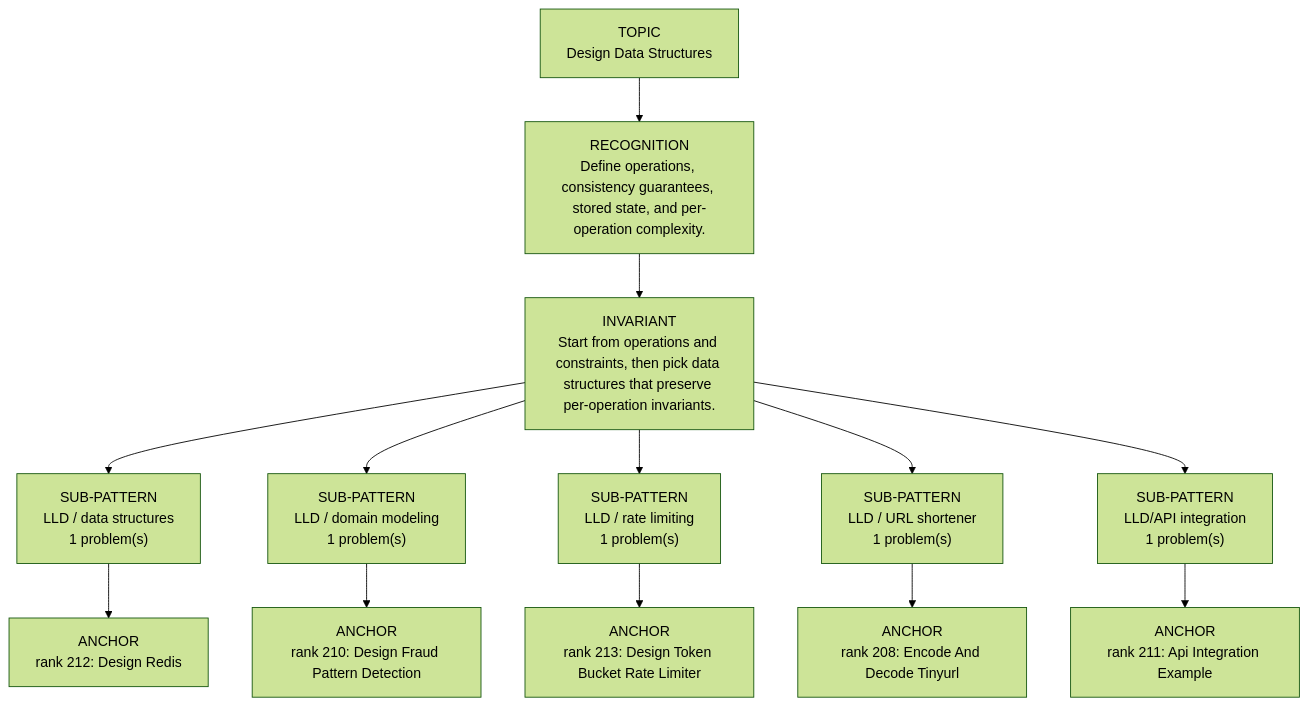
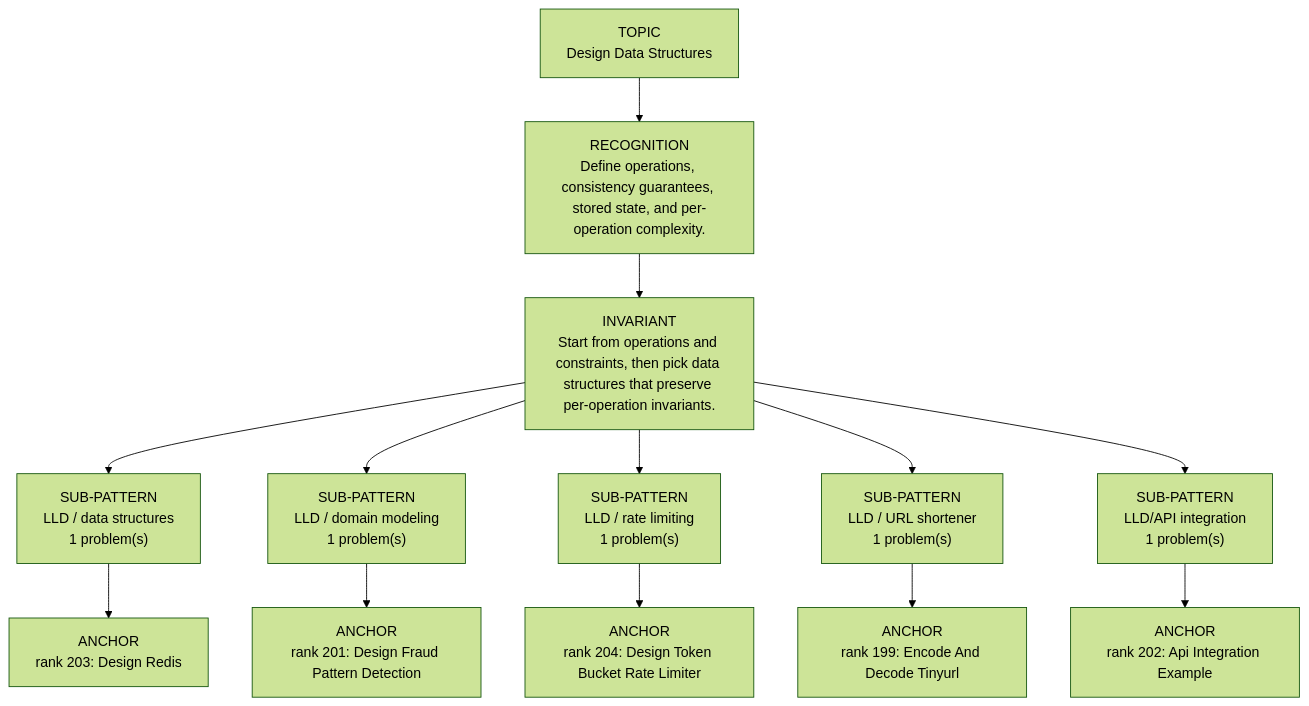
The diagram in dsa-review/interview/patterns/21_design_lld.md (thechiranjeevjain/DSA10days), drawn with Mermaid (forest theme) before and after one commit. The commit also changed other lines of this file and 61 other files, not shown here.

````diff
--- a/dsa-review/interview/patterns/21_design_lld.md
+++ b/dsa-review/interview/patterns/21_design_lld.md
@@ -15,17 +15,17 @@
 ```mermaid
 flowchart TD
   Topic["TOPIC<br/>Design Data Structures"]
   Recognition["RECOGNITION<br/>Define operations, consistency guarantees, stored state, and per-operation complexity."]
   Invariant["INVARIANT<br/>Start from operations and constraints, then pick data structures that preserve per-operation invariants."]
   Topic --> Recognition --> Invariant
   Invariant --> Sub01["SUB-PATTERN<br/>LLD / data structures<br/>1 problem(s)"]
-  Sub01 --> Sub01A01["ANCHOR<br/>rank 212: Design Redis"]
+  Sub01 --> Sub01A01["ANCHOR<br/>rank 203: Design Redis"]
   Invariant --> Sub02["SUB-PATTERN<br/>LLD / domain modeling<br/>1 problem(s)"]
-  Sub02 --> Sub02A01["ANCHOR<br/>rank 210: Design Fraud Pattern Detection"]
+  Sub02 --> Sub02A01["ANCHOR<br/>rank 201: Design Fraud Pattern Detection"]
   Invariant --> Sub03["SUB-PATTERN<br/>LLD / rate limiting<br/>1 problem(s)"]
-  Sub03 --> Sub03A01["ANCHOR<br/>rank 213: Design Token Bucket Rate Limiter"]
+  Sub03 --> Sub03A01["ANCHOR<br/>rank 204: Design Token Bucket Rate Limiter"]
   Invariant --> Sub04["SUB-PATTERN<br/>LLD / URL shortener<br/>1 problem(s)"]
-  Sub04 --> Sub04A01["ANCHOR<br/>rank 208: Encode And Decode Tinyurl"]
+  Sub04 --> Sub04A01["ANCHOR<br/>rank 199: Encode And Decode Tinyurl"]
   Invariant --> Sub05["SUB-PATTERN<br/>LLD/API integration<br/>1 problem(s)"]
-  Sub05 --> Sub05A01["ANCHOR<br/>rank 211: Api Integration Example"]
+  Sub05 --> Sub05A01["ANCHOR<br/>rank 202: Api Integration Example"]
 ```
````
